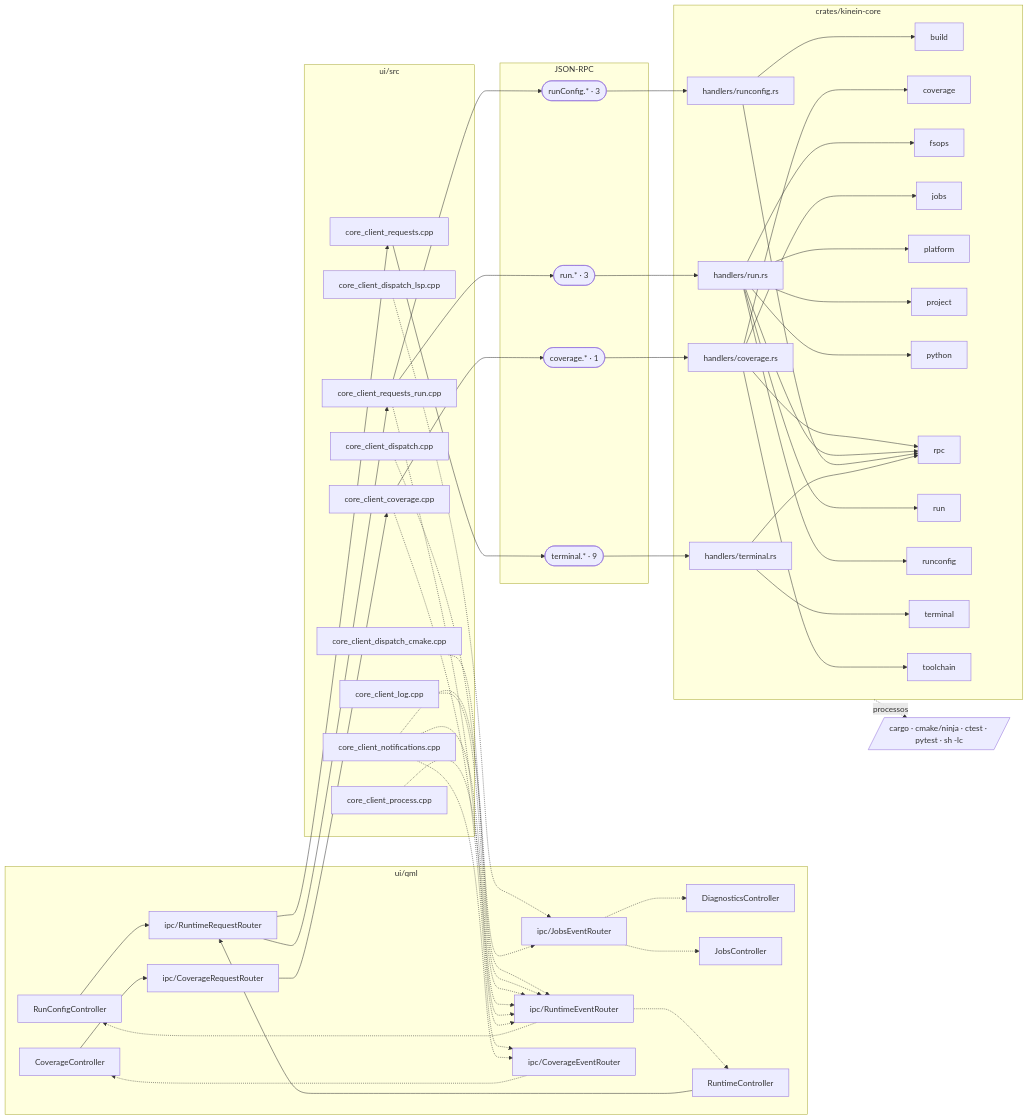
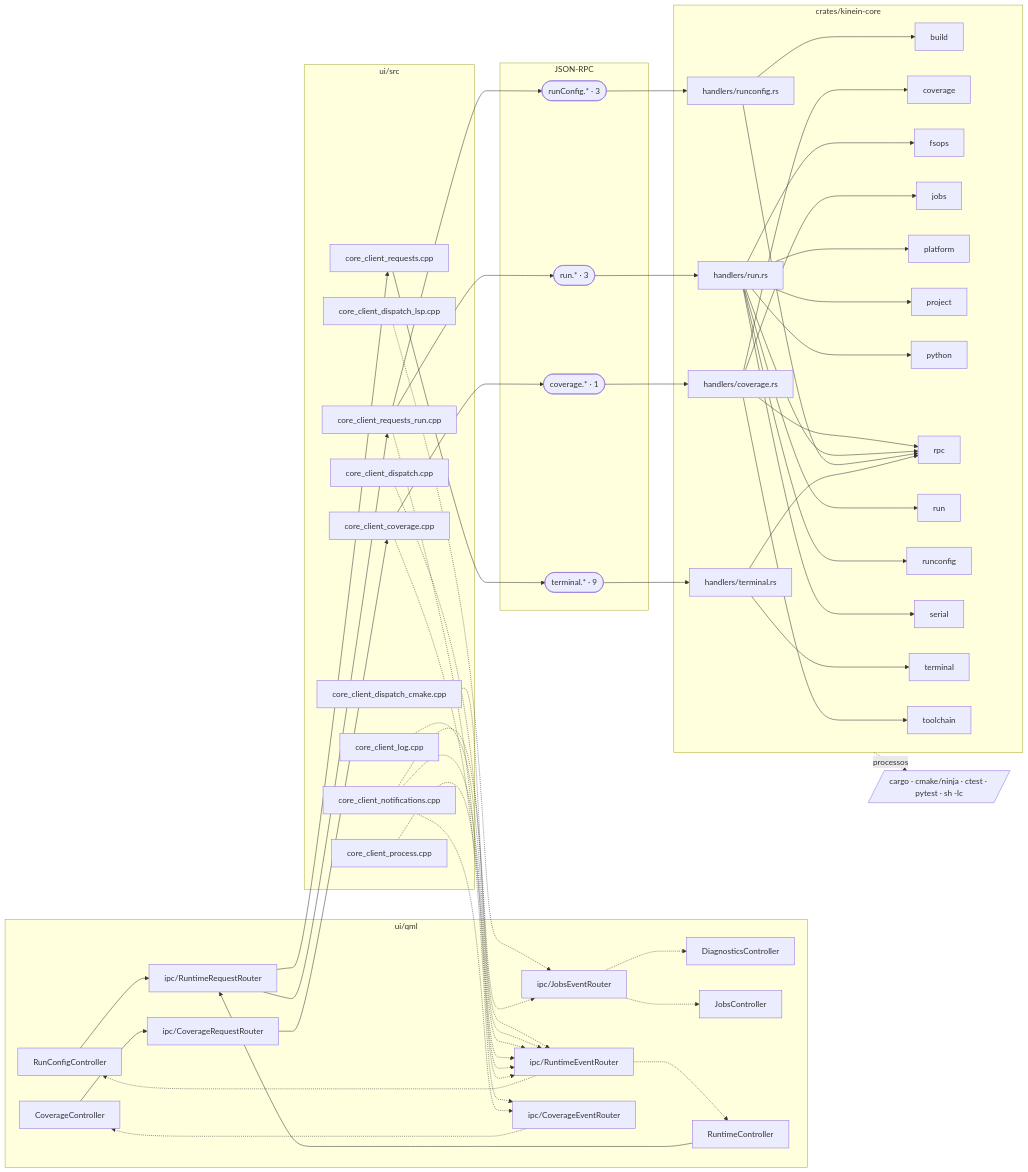
Before and after one commit to ViktorWalde/KineinVectis: the eighth of 16 diagrams in DocsPublic/arquitetura/01-mapa-de-modulos.md, drawn with Mermaid. The commit also changed 26 other files, not shown here.

```diff
--- a/DocsPublic/arquitetura/01-mapa-de-modulos.md
+++ b/DocsPublic/arquitetura/01-mapa-de-modulos.md
@@ -759,6 +759,7 @@
     n_core_rpc[rpc]
     n_core_run[run]
     n_core_runconfig[runconfig]
+    n_core_serial[serial]
     n_core_terminal[terminal]
     n_core_toolchain[toolchain]
   end
@@ -801,6 +802,7 @@
   n_crates_kinein_core_src_handlers_run_rs --> n_core_rpc
   n_crates_kinein_core_src_handlers_run_rs --> n_core_run
   n_crates_kinein_core_src_handlers_run_rs --> n_core_runconfig
+  n_crates_kinein_core_src_handlers_run_rs --> n_core_serial
   n_ipc_runConfig --> n_crates_kinein_core_src_handlers_runconfig_rs
   n_crates_kinein_core_src_handlers_runconfig_rs --> n_core_build
   n_crates_kinein_core_src_handlers_runconfig_rs --> n_core_rpc
```
